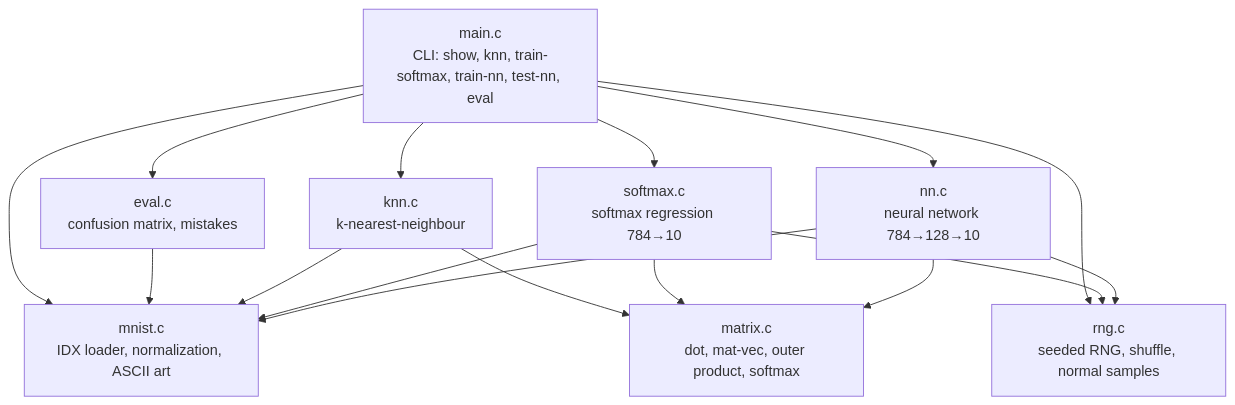
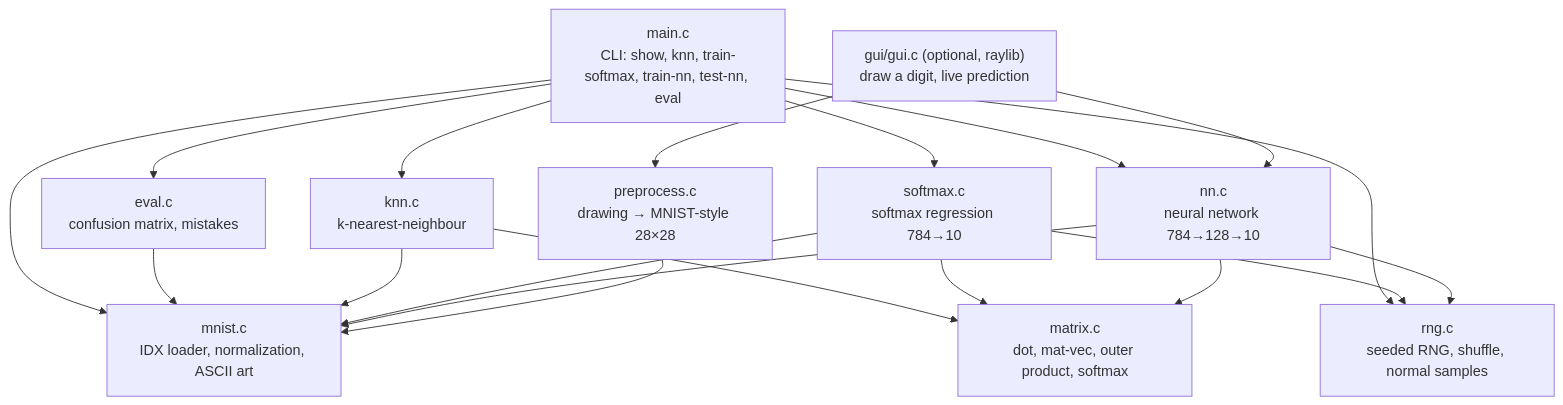
Before and after one commit to aayushsinghthapa-cloud/digit-recognizer-c: the first of 3 diagrams in docs/ARCHITECTURE.md, drawn with Mermaid. The commit also changed other lines of this file and 7 other files, not shown here.

Commit message:
feat(gui): add raylib draw-a-digit window with MNIST-style preprocessing

````diff
--- a/docs/ARCHITECTURE.md
+++ b/docs/ARCHITECTURE.md
@@ -7,27 +7,32 @@
 ```mermaid
 flowchart TD
     main["main.c<br/>CLI: show, knn, train-softmax, train-nn, test-nn, eval"]
     mnist["mnist.c<br/>IDX loader, normalization, ASCII art"]
     knn["knn.c<br/>k-nearest-neighbour"]
     softmax["softmax.c<br/>softmax regression 784→10"]
     nn["nn.c<br/>neural network 784→128→10"]
     eval["eval.c<br/>confusion matrix, mistakes"]
     matrix["matrix.c<br/>dot, mat-vec, outer product, softmax"]
     rng["rng.c<br/>seeded RNG, shuffle, normal samples"]
+    gui["gui/gui.c (optional, raylib)<br/>draw a digit, live prediction"]
+    pre["preprocess.c<br/>drawing → MNIST-style 28×28"]
 
     main --> mnist
     main --> knn
     main --> softmax
     main --> nn
     main --> rng
     main --> eval
     eval --> mnist
     knn --> mnist
     knn --> matrix
     softmax --> mnist
     softmax --> matrix
     softmax --> rng
     nn --> mnist
     nn --> matrix
     nn --> rng
+    gui --> pre
+    gui --> nn
+    pre --> mnist
 ```
````
